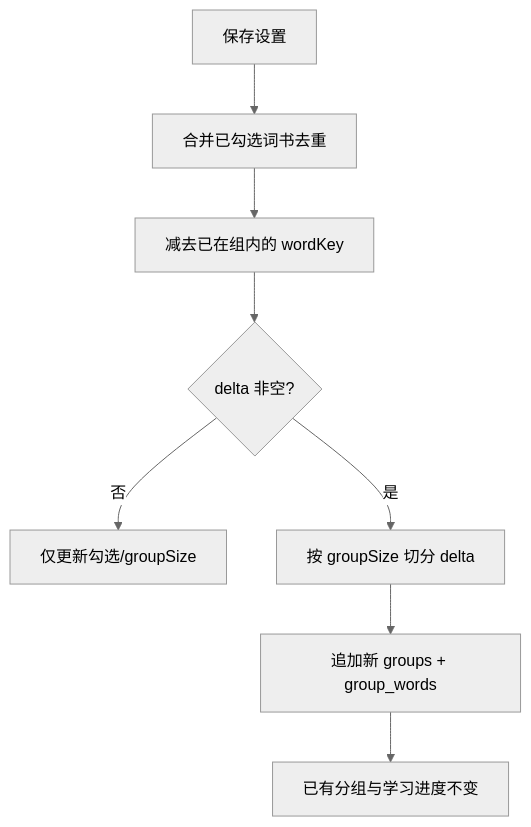
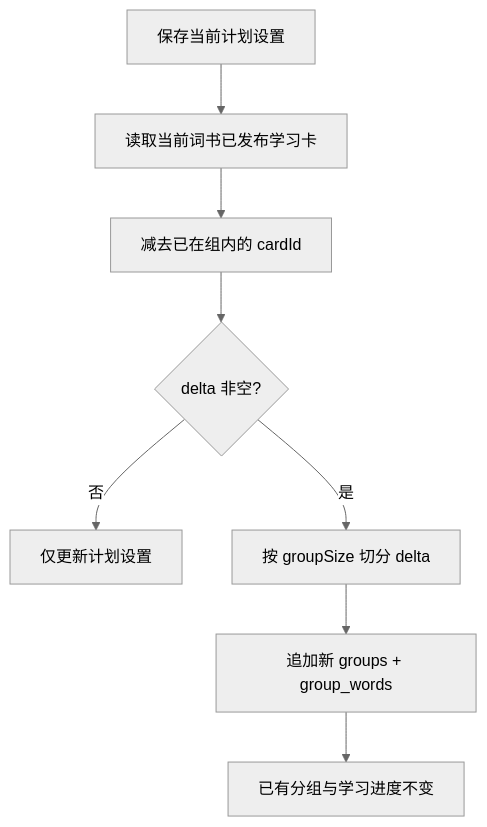
Before and after one commit to Co-So/word-flip: the third of 5 diagrams in docs/wordflip/requirements.md, drawn with Mermaid (neutral theme). The commit also changed other lines of this file and 215 other files, not shown here.

````diff
--- a/docs/wordflip/requirements.md
+++ b/docs/wordflip/requirements.md
@@ -232,10 +232,10 @@
 ```mermaid
 flowchart TD
-  A[保存设置] --> B[合并已勾选词书去重]
-  B --> C[减去已在组内的 wordKey]
+  A[保存当前计划设置] --> B[读取当前词书已发布学习卡]
+  B --> C[减去已在组内的 cardId]
   C --> D{delta 非空?}
-  D -->|否| E[仅更新勾选/groupSize]
+  D -->|否| E[仅更新计划设置]
   D -->|是| F[按 groupSize 切分 delta]
   F --> G[追加新 groups + group_words]
   G --> H[已有分组与学习进度不变]
 ```
````
